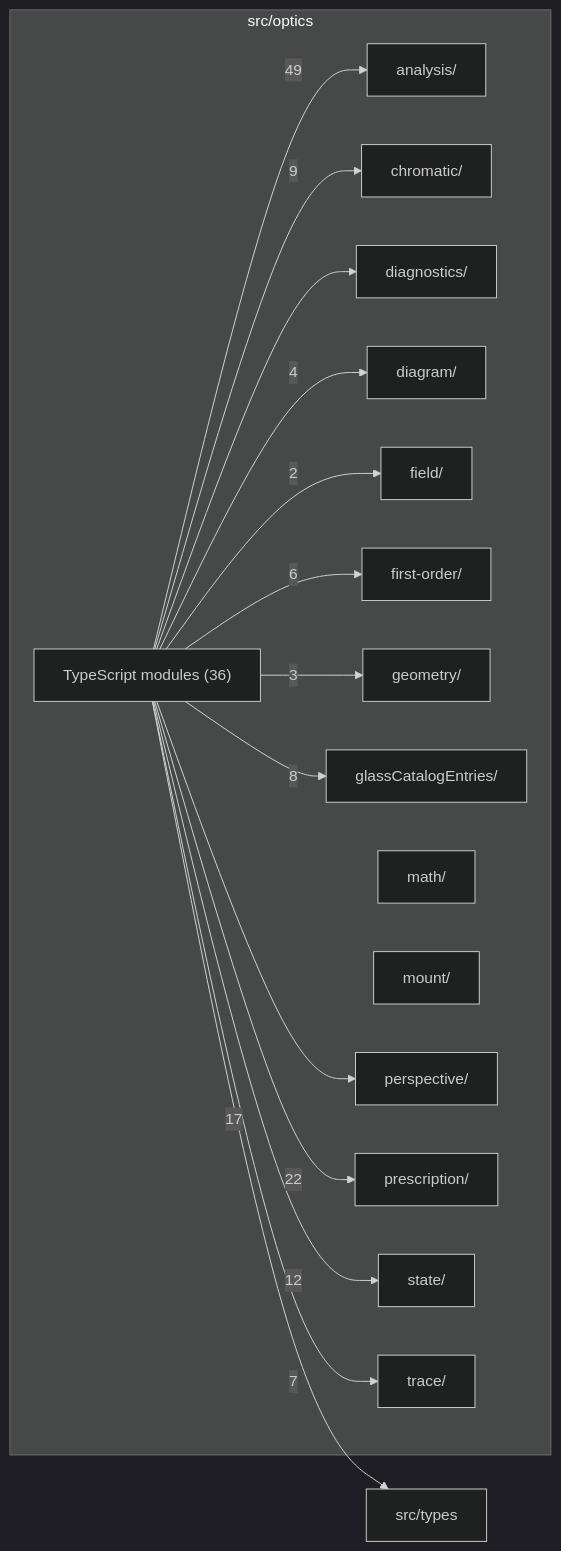
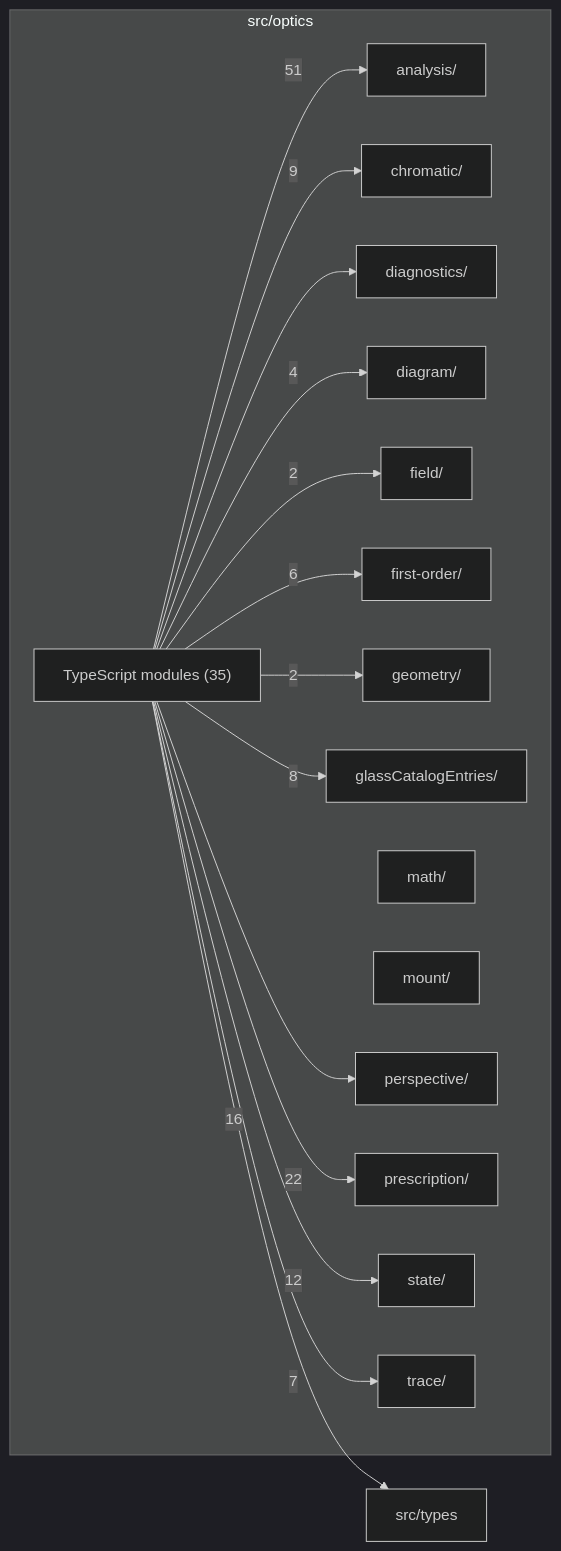
The diagram in src/optics/readme.md (ronbuening/LensVisualizer), drawn with Mermaid (dark theme) before and after one commit. The commit also changed other lines of this file and 21 other files, not shown here.

````diff
--- a/src/optics/readme.md
+++ b/src/optics/readme.md
@@ -9,34 +9,34 @@
 ```mermaid
 flowchart LR
   subgraph n_src_optics["src/optics"]
     n_src_optics_src_optics_analysis["analysis/"]
     n_src_optics_src_optics_chromatic["chromatic/"]
     n_src_optics_src_optics_diagnostics["diagnostics/"]
     n_src_optics_src_optics_diagram["diagram/"]
     n_src_optics_src_optics_field["field/"]
     n_src_optics_src_optics_first_order["first-order/"]
     n_src_optics_src_optics_geometry["geometry/"]
     n_src_optics_src_optics_glassCatalogEntries["glassCatalogEntries/"]
     n_src_optics_src_optics_math["math/"]
     n_src_optics_src_optics_mount["mount/"]
     n_src_optics_src_optics_perspective["perspective/"]
     n_src_optics_src_optics_prescription["prescription/"]
     n_src_optics_src_optics_state["state/"]
     n_src_optics_src_optics_trace["trace/"]
-    n_src_optics_TypeScript_modules["TypeScript modules (36)"]
+    n_src_optics_TypeScript_modules["TypeScript modules (35)"]
   end
   n_external_src_types["src/types"]
-  n_src_optics_TypeScript_modules --> |49| n_src_optics_src_optics_analysis
+  n_src_optics_TypeScript_modules --> |51| n_src_optics_src_optics_analysis
   n_src_optics_TypeScript_modules --> |22| n_src_optics_src_optics_prescription
-  n_src_optics_TypeScript_modules --> |17| n_external_src_types
+  n_src_optics_TypeScript_modules --> |16| n_external_src_types
   n_src_optics_TypeScript_modules --> |12| n_src_optics_src_optics_state
   n_src_optics_TypeScript_modules --> |9| n_src_optics_src_optics_chromatic
   n_src_optics_TypeScript_modules --> |8| n_src_optics_src_optics_glassCatalogEntries
   n_src_optics_TypeScript_modules --> |7| n_src_optics_src_optics_trace
   n_src_optics_TypeScript_modules --> |6| n_src_optics_src_optics_first_order
   n_src_optics_TypeScript_modules --> |4| n_src_optics_src_optics_diagram
-  n_src_optics_TypeScript_modules --> |3| n_src_optics_src_optics_geometry
   n_src_optics_TypeScript_modules --> |2| n_src_optics_src_optics_field
+  n_src_optics_TypeScript_modules --> |2| n_src_optics_src_optics_geometry
   n_src_optics_TypeScript_modules --> n_src_optics_src_optics_diagnostics
   n_src_optics_TypeScript_modules --> n_src_optics_src_optics_perspective
 ```
````
